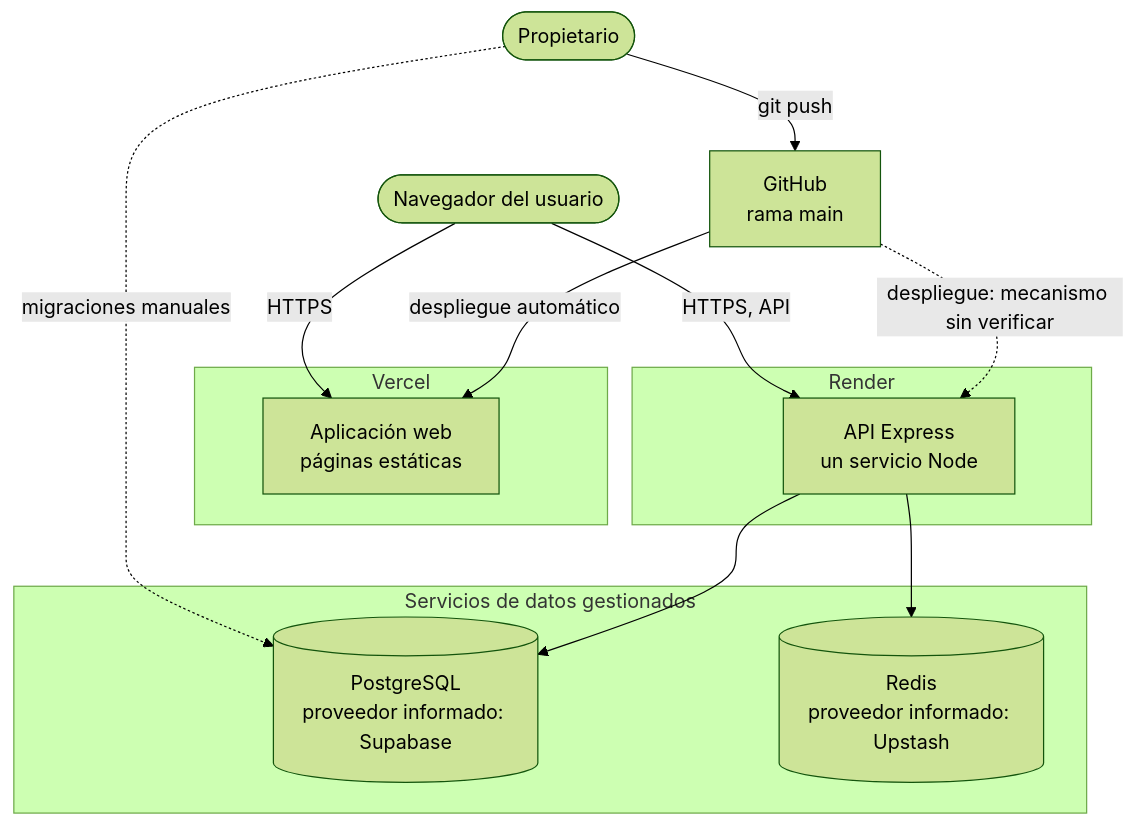
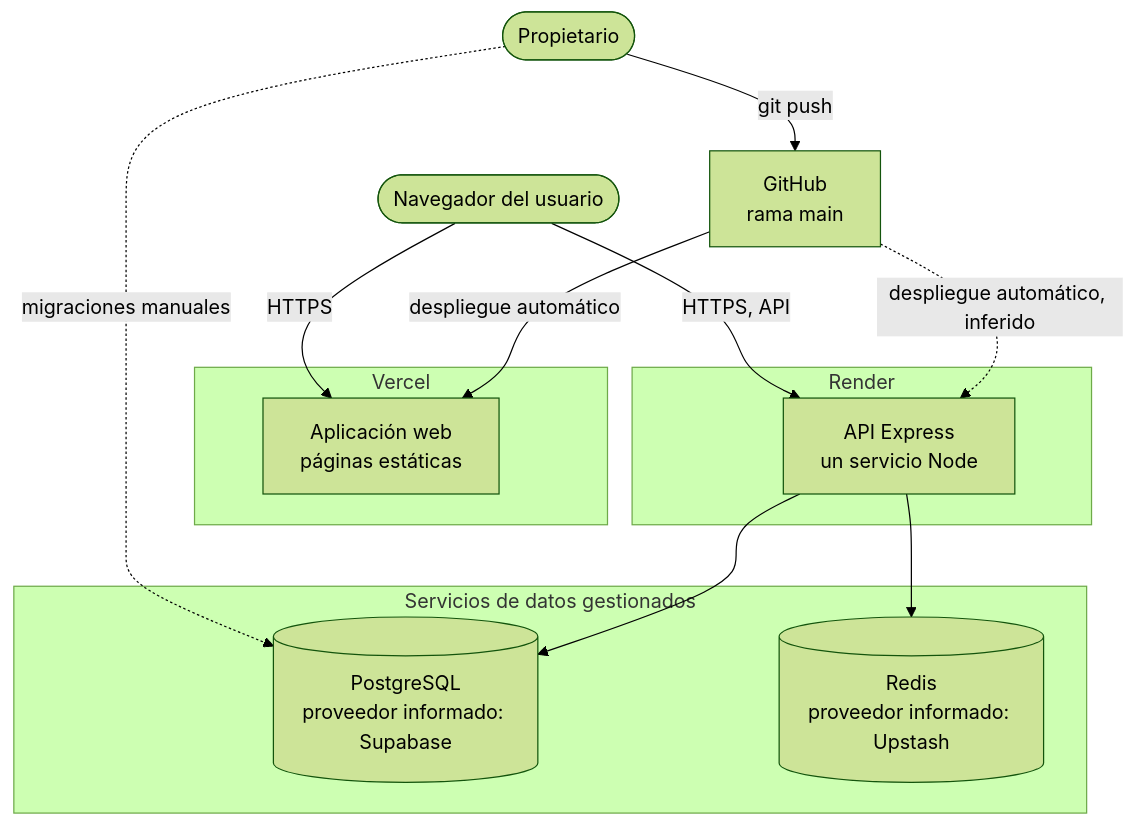
Before and after one commit to pillacarodriguezuriel-a11y/social_unsch: the diagram in docs/05-despliegue-y-operacion/01-mapa-de-despliegue.md, drawn with Mermaid (forest theme). The commit also changed other lines of this file and 31 other files, not shown here.

````diff
--- a/docs/05-despliegue-y-operacion/01-mapa-de-despliegue.md
+++ b/docs/05-despliegue-y-operacion/01-mapa-de-despliegue.md
@@ -11,26 +11,26 @@
 ```mermaid
 flowchart TB
     DEV(["Propietario"])
     GH["GitHub<br/>rama main"]
 
     subgraph VERCEL["Vercel"]
         WEB["Aplicación web<br/>páginas estáticas"]
     end
     subgraph RENDER["Render"]
         API["API Express<br/>un servicio Node"]
     end
     subgraph DATOS["Servicios de datos gestionados"]
         PG[("PostgreSQL<br/>proveedor informado: Supabase")]
         RD[("Redis<br/>proveedor informado: Upstash")]
     end
     NAV(["Navegador del usuario"])
 
     DEV -- "git push" --> GH
     GH -- "despliegue automático" --> WEB
-    GH -. "despliegue: mecanismo sin verificar" .-> API
+    GH -. "despliegue automático, inferido" .-> API
     NAV -- "HTTPS" --> WEB
     NAV -- "HTTPS, API" --> API
     API --> PG
     API --> RD
     DEV -. "migraciones manuales" .-> PG
 ```
````
